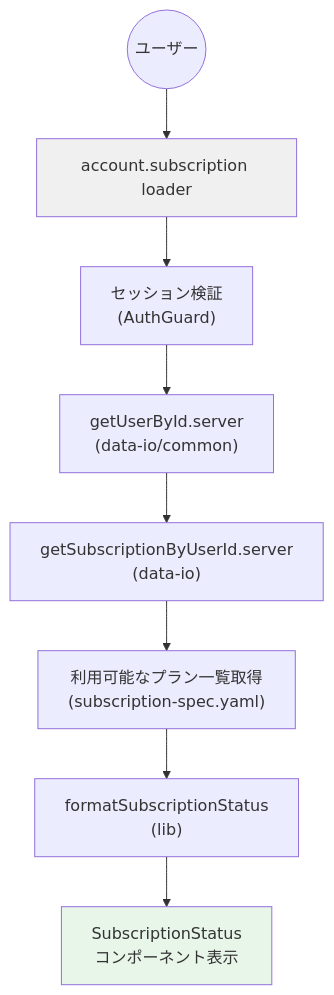
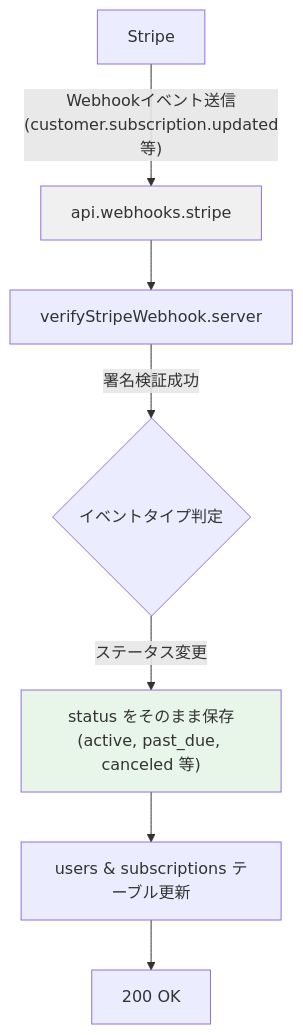
One commit to tezuka-Akihiro/ClaudeMix changed the first of 3 diagrams in develop/account/subscription/data-flow-diagram.md. Above: the diagram before and after it, drawn with Mermaid. The commit also changed other lines of this file and 64 other files, not shown here.

````diff
--- a/develop/account/subscription/data-flow-diagram.md
+++ b/develop/account/subscription/data-flow-diagram.md
@@ -62,13 +13,14 @@
 ```mermaid
 graph TD
-    User((ユーザー)) --> Loader["account.subscription loader"]
-    Loader --> ValidateSession["セッション検証<br/>(AuthGuard)"]
-    ValidateSession --> GetUser["getUserById.server<br/>(data-io/common)"]
-    GetUser --> GetSub["getSubscriptionByUserId.server<br/>(data-io)"]
-    GetSub --> GetPlans["利用可能なプラン一覧取得<br/>(subscription-spec.yaml)"]
-    GetPlans --> Format["formatSubscriptionStatus<br/>(lib)"]
-    Format --> Render["SubscriptionStatus<br/>コンポーネント表示"]
+    Stripe["Stripe"] -- "Webhookイベント送信<br/>(customer.subscription.updated等)" --> Endpoint["api.webhooks.stripe"]
 
-    style Loader fill:#f0f0f0
-    style Render fill:#e8f5e9
+    Endpoint --> Verify["verifyStripeWebhook.server"]
+    Verify -- "署名検証成功" --> TypeCheck{"イベントタイプ判定"}
+
+    TypeCheck -- "ステータス変更" --> SyncStatus["status をそのまま保存<br/>(active, past_due, canceled 等)"]
+    SyncStatus --> UpdateDB["users & subscriptions テーブル更新"]
+    UpdateDB --> Success200["200 OK"]
+
+    style Endpoint fill:#f0f0f0
+    style SyncStatus fill:#e8f5e9
 ```
````
